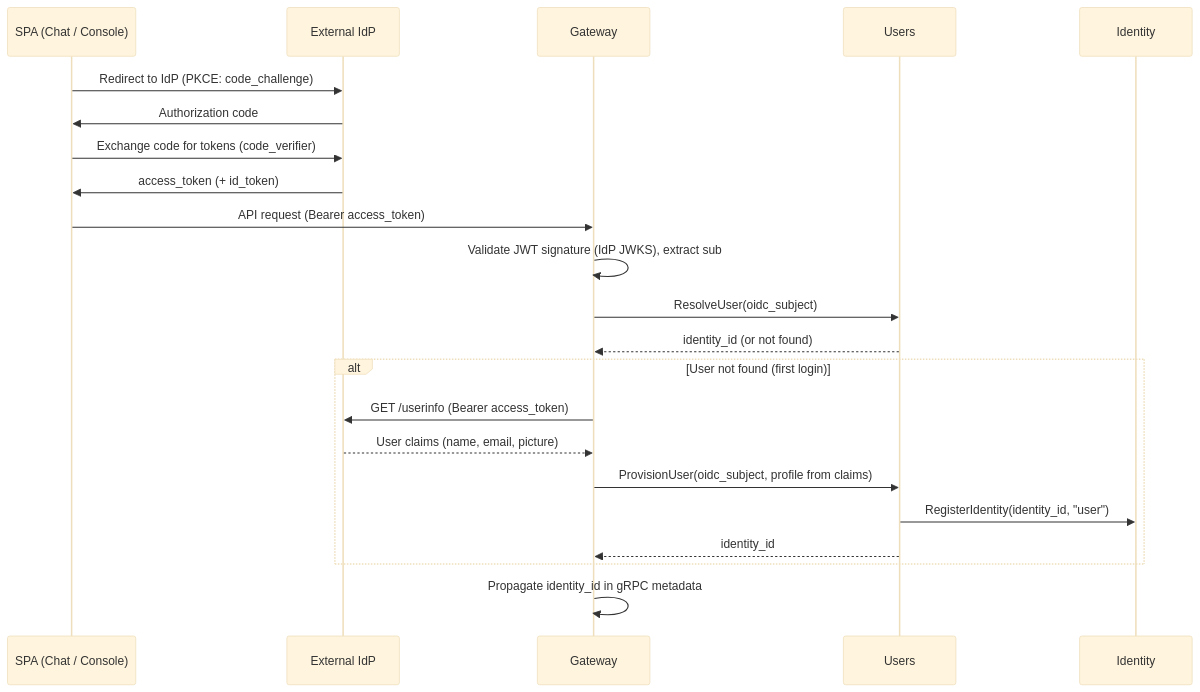
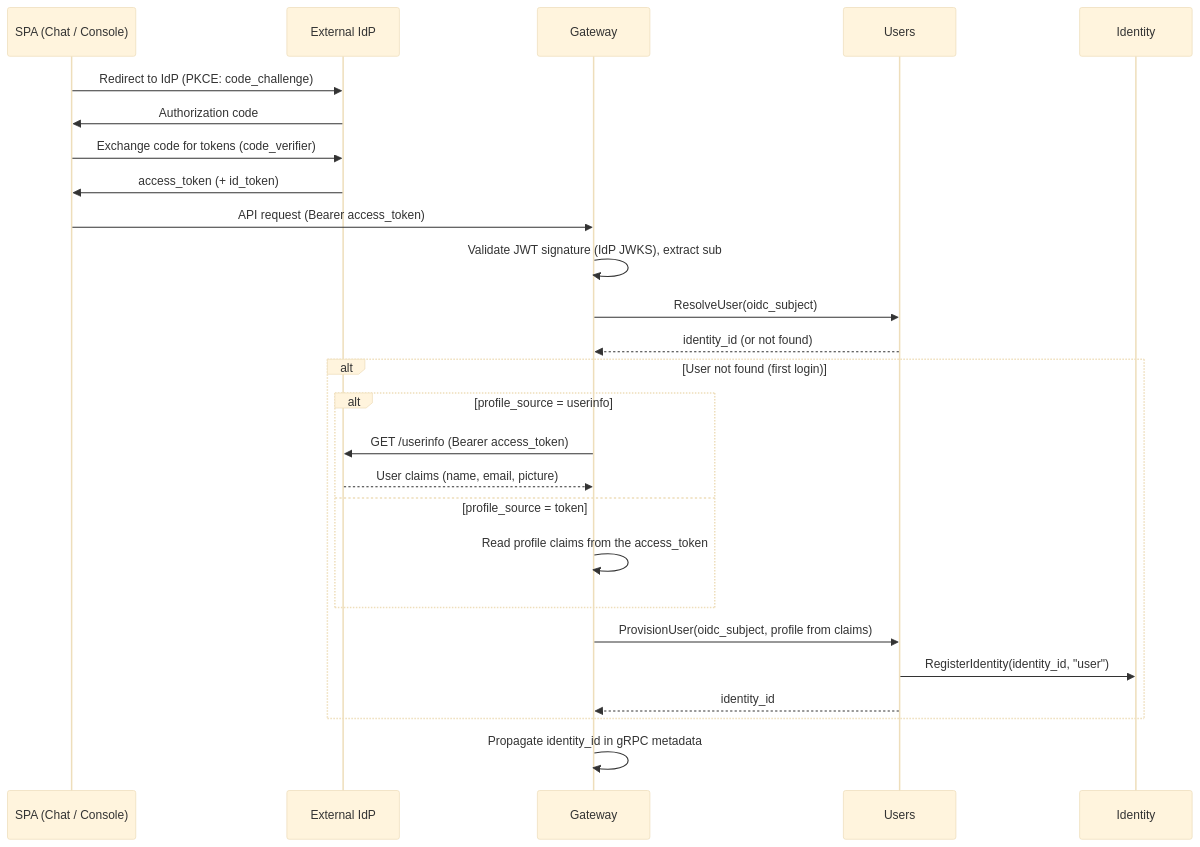
One commit to agynio/architecture changed the first of 2 diagrams in architecture/authn.md. Above: the diagram before and after it, drawn with Mermaid (base theme). The commit also changed other lines of this file and 2 other files, not shown here.

First line of the commit message:
docs: configurable profile claim source at the gateway

````diff
--- a/architecture/authn.md
+++ b/architecture/authn.md
@@ -37,25 +37,29 @@
 ```mermaid
 sequenceDiagram
     participant App as SPA (Chat / Console)
     participant IdP as External IdP
     participant GW as Gateway
     participant US as Users
     participant IS as Identity
 
     App->>IdP: Redirect to IdP (PKCE: code_challenge)
     IdP->>App: Authorization code
     App->>IdP: Exchange code for tokens (code_verifier)
     IdP->>App: access_token (+ id_token)
     App->>GW: API request (Bearer access_token)
     GW->>GW: Validate JWT signature (IdP JWKS), extract sub
     GW->>US: ResolveUser(oidc_subject)
     US-->>GW: identity_id (or not found)
     alt User not found (first login)
-        GW->>IdP: GET /userinfo (Bearer access_token)
-        IdP-->>GW: User claims (name, email, picture)
+        alt profile_source = userinfo
+            GW->>IdP: GET /userinfo (Bearer access_token)
+            IdP-->>GW: User claims (name, email, picture)
+        else profile_source = token
+            GW->>GW: Read profile claims from the access_token
+        end
         GW->>US: ProvisionUser(oidc_subject, profile from claims)
         US->>IS: RegisterIdentity(identity_id, "user")
         US-->>GW: identity_id
     end
     GW->>GW: Propagate identity_id in gRPC metadata
 ```
````
